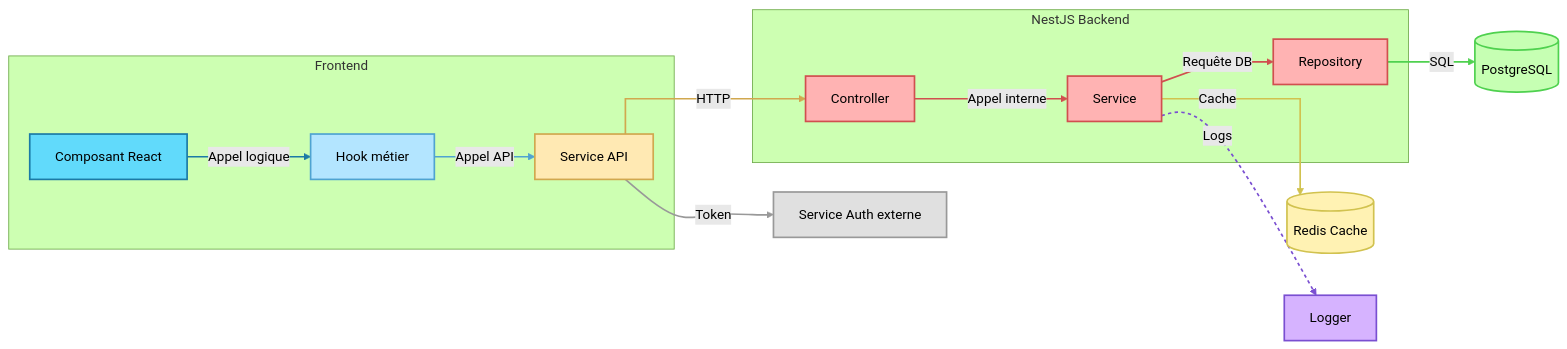
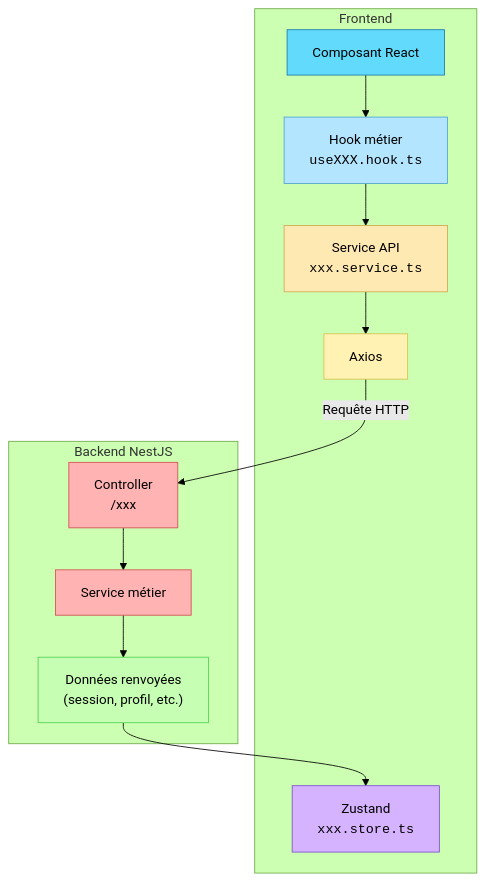
The ninth of 10 diagrams in rapport/rapport.md (ElPotatoCorp/UnlockIt), drawn with Mermaid (forest theme) before and after one commit. The commit also changed other lines of this file, not shown here.

````diff
--- a/rapport/rapport.md
+++ b/rapport/rapport.md
@@ -1294,72 +1258,32 @@
 ```mermaid
-flowchart LR
-
-    %% ========= Définition des styles =========
-    classDef react fill:#61dafb,stroke:#1b7aa6,stroke-width:2px,color:#000;
-    classDef hook fill:#b3e5ff,stroke:#4fa3d1,stroke-width:2px,color:#000;
-    classDef service fill:#ffe9b3,stroke:#d1a84f,stroke-width:2px,color:#000;
-    classDef backend fill:#ffb3b3,stroke:#d14f4f,stroke-width:2px,color:#000;
-    classDef db fill:#c6ffb3,stroke:#4fd14f,stroke-width:2px,color:#000;
-    classDef cache fill:#fff2b3,stroke:#d1c24f,stroke-width:2px,color:#000;
-    classDef log fill:#d6b3ff,stroke:#7a4fd1,stroke-width:2px,color:#000;
-    classDef external fill:#e0e0e0,stroke:#999,stroke-width:2px,color:#000;
-
-    %% ========= Frontend =========
+flowchart TB
     subgraph FE[Frontend]
         A[Composant React]:::react
-        B[Hook métier]:::hook
-        C[Service API]:::service
+        B[Hook métier<br/><code class="c">useXXX.hook.ts</code>]:::hook
+        C[Service API<br/><code class="c">xxx.service.ts</code>]:::service
+        D[Axios]:::axios
+        E["Zustand<br/><code class="c">xxx.store.ts</code>"]:::store
     end
 
-    %% ========= Backend =========
-    subgraph BE[NestJS Backend]
-        D[Controller]:::backend
-        E[Service]:::backend
-        F[Repository]:::backend
+    subgraph BE[Backend NestJS]
+        F[Controller<br/>/xxx]:::backend
+        G[Service métier]:::backend
+        H["Données renvoyées<br/>(session, profil, etc.)"]:::data
     end
 
-    %% ========= Stockage =========
-    G[(PostgreSQL)]:::db
-    R[(Redis Cache)]:::cache
+    classDef react fill:#61dafb,stroke:#1b7aa6,color:#000;
+    classDef hook fill:#b3e5ff,stroke:#4fa3d1,color:#000;
+    classDef service fill:#ffe9b3,stroke:#d1a84f,color:#000;
+    classDef axios fill:#fff2b3,stroke:#d1c24f,color:#000;
+    classDef store fill:#d6b3ff,stroke:#7a4fd1,color:#000;
+    classDef backend fill:#ffb3b3,stroke:#d14f4f,color:#000;
+    classDef data fill:#c6ffb3,stroke:#4fd14f,color:#000;
 
-    %% ========= Logs =========
-    L[Logger]:::log
-
-    %% ========= Service externe =========
-    X[Service Auth externe]:::external
-
-    %% ========= Flux principal =========
-    A e1@-->|Appel logique| B
-    B e2@-->|Appel API| C
-    C e3@-->|HTTP| D
-    D e4@-->|Appel interne| E
-    E e5@-->|Requête DB| F
-    F e6@-->|SQL| G
-
-    %% ========= Flux secondaires =========
-    C e7@-->|Token| X
-    E e8@-->|Cache| R
-    E e9@-.->|Logs| L
-
-    %% ========= Styles des courbes =========
-    e1@{ curve: linear }
-    e2@{ curve: linear }
-    e3@{ curve: stepBefore }
-    e4@{ curve: stepBefore }
-    e5@{ curve: linear }
-    e6@{ curve: linear }
-    e7@{ curve: natural }
-    e8@{ curve: stepAfter }
-    e9@{ curve: natural }
-
-    %% ========= Styles des liens =========
-    linkStyle 0 stroke:#1b7aa6,stroke-width:2px
-    linkStyle 1 stroke:#4fa3d1,stroke-width:2px
-    linkStyle 2 stroke:#d1a84f,stroke-width:2px
-    linkStyle 3 stroke:#d14f4f,stroke-width:2px
-    linkStyle 4 stroke:#d14f4f,stroke-width:2px
-    linkStyle 5 stroke:#4fd14f,stroke-width:2px
-    linkStyle 6 stroke:#999,stroke-width:2px
-    linkStyle 7 stroke:#d1c24f,stroke-width:2px
-    linkStyle 8 stroke:#7a4fd1,stroke-width:2px,stroke-dasharray:4 4
+    A --> B
+    B --> C
+    C --> D
+    D -->|Requête HTTP| F
+    F --> G
+    G --> H
+    H --> E
 ```
````
